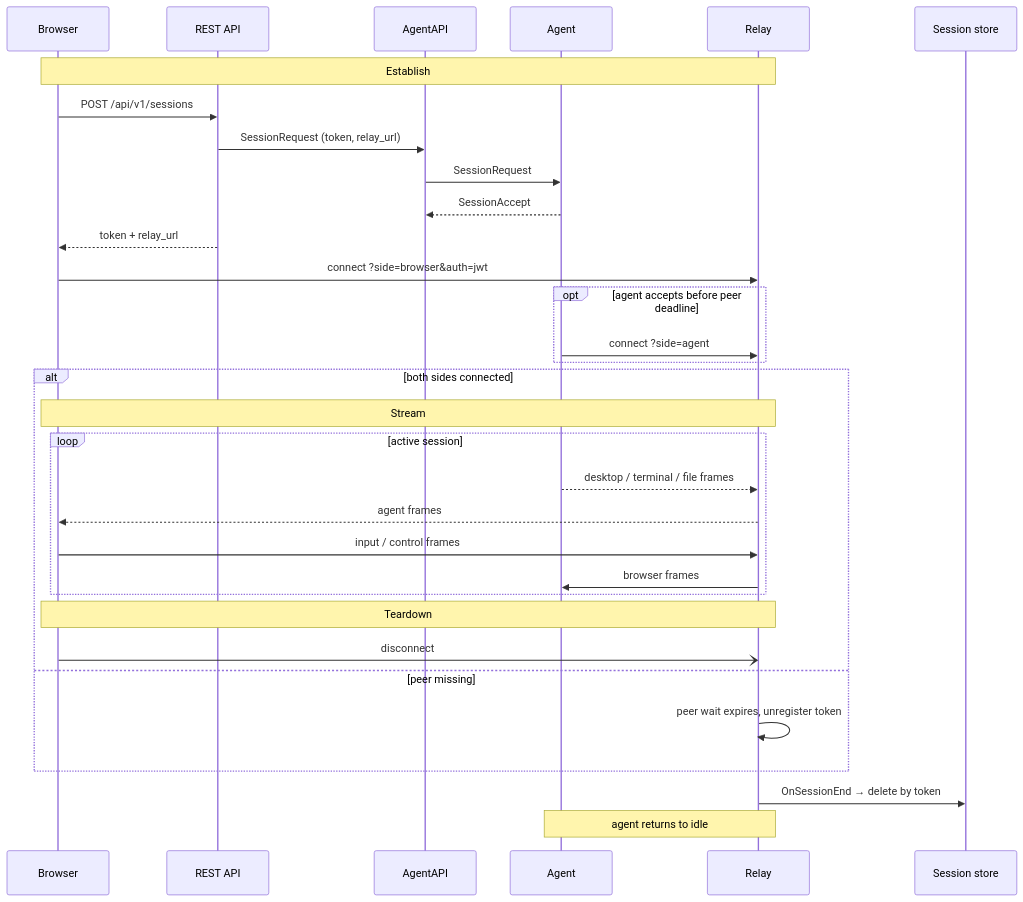
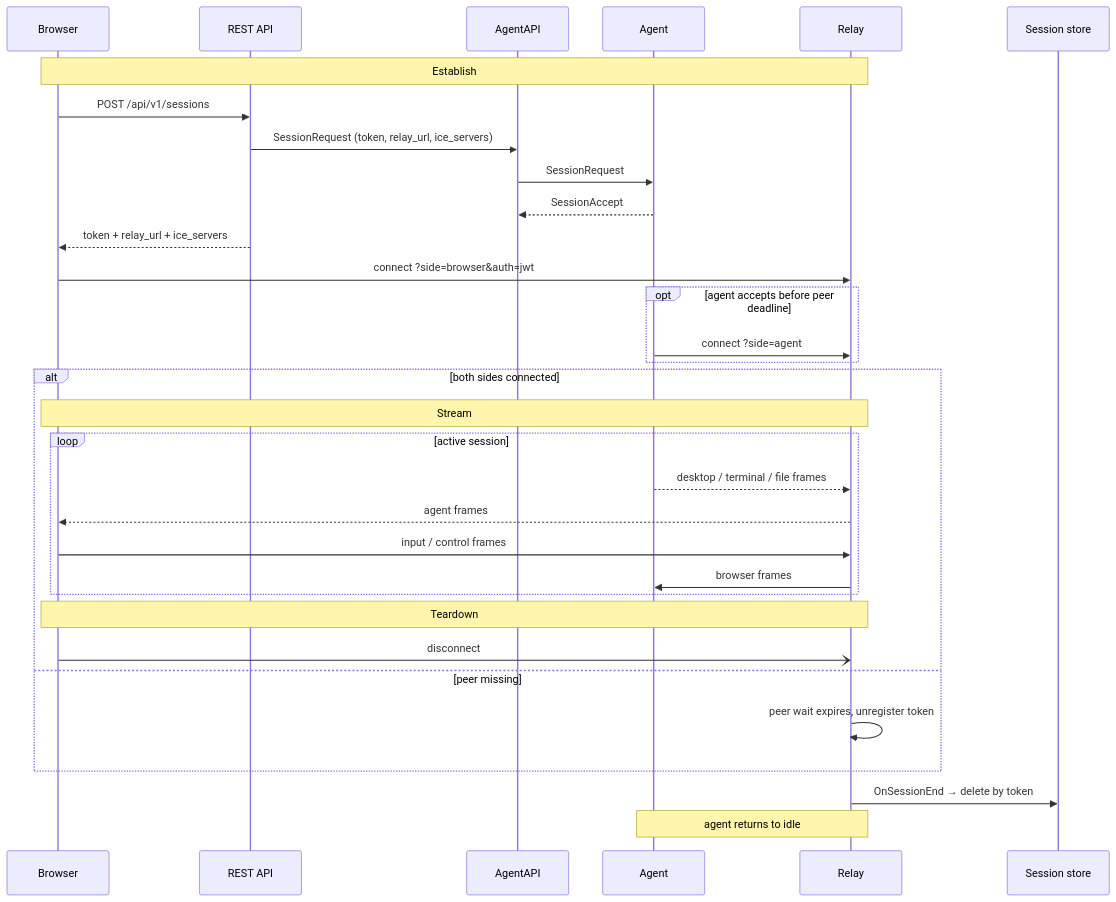
The fifth of 6 diagrams in docs/architecture/System-Architecture.md (volchanskyi/opengate), drawn with Mermaid before and after one commit. The commit also changed other lines of this file and 405 other files, not shown here.

````diff
--- a/docs/architecture/System-Architecture.md
+++ b/docs/architecture/System-Architecture.md
@@ -257,36 +258,36 @@
 ```mermaid
 sequenceDiagram
   participant Browser
   participant REST as REST API
   participant AgentAPI
   participant Agent
   participant Relay
   participant Sessions as Session store
 
   Note over Browser,Relay: Establish
   Browser->>REST: POST /api/v1/sessions
-  REST->>AgentAPI: SessionRequest (token, relay_url)
+  REST->>AgentAPI: SessionRequest (token, relay_url, ice_servers)
   AgentAPI->>Agent: SessionRequest
   Agent-->>AgentAPI: SessionAccept
-  REST-->>Browser: token + relay_url
+  REST-->>Browser: token + relay_url + ice_servers
   Browser->>Relay: connect ?side=browser&auth=jwt
   opt agent accepts before peer deadline
     Agent->>Relay: connect ?side=agent
   end
 
   alt both sides connected
     Note over Browser,Relay: Stream
     loop active session
       Agent-->>Relay: desktop / terminal / file frames
       Relay-->>Browser: agent frames
       Browser->>Relay: input / control frames
       Relay->>Agent: browser frames
     end
     Note over Browser,Relay: Teardown
     Browser-)Relay: disconnect
   else peer missing
     Relay->>Relay: peer wait expires, unregister token
   end
   Relay->>Sessions: OnSessionEnd → delete by token
   Note over Agent,Relay: agent returns to idle
 ```
````
